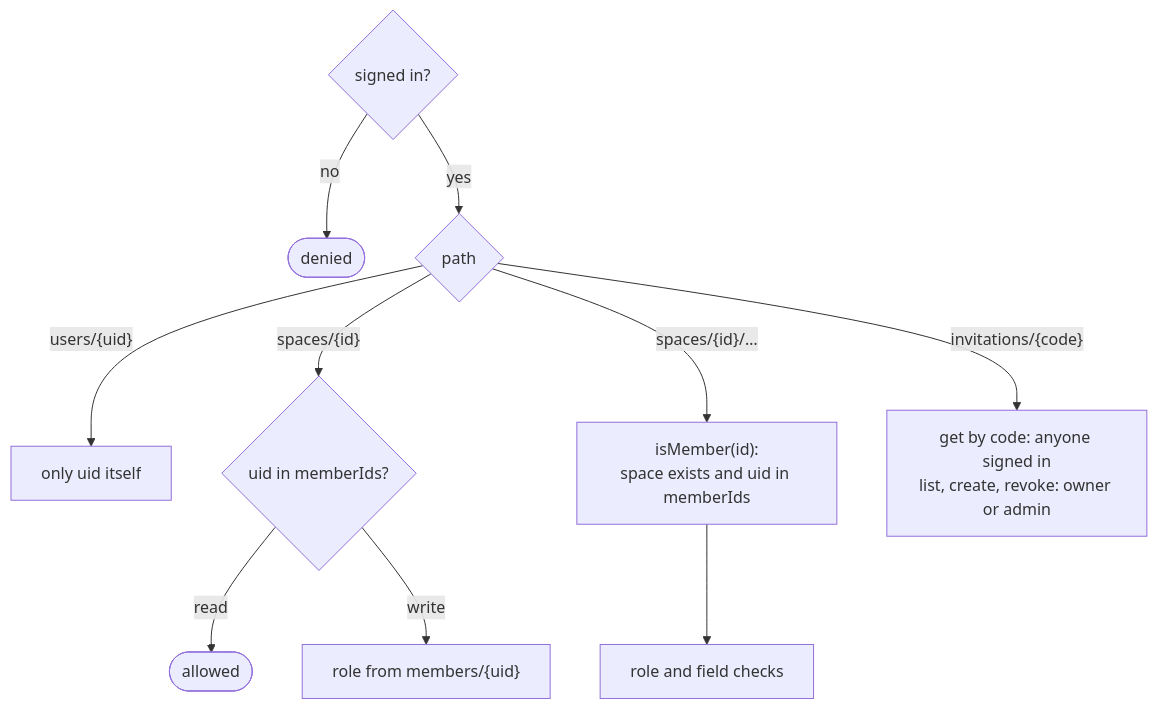
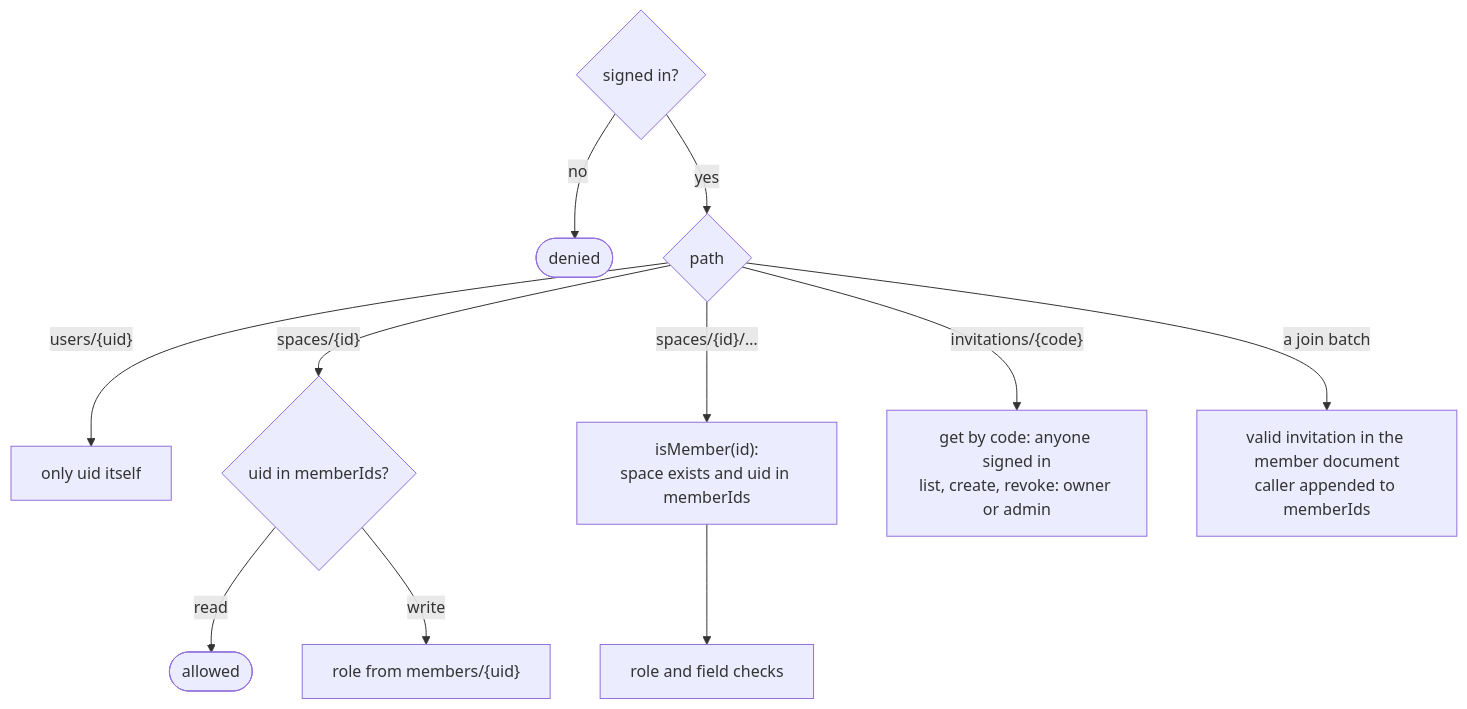
The diagram in docs/data/security-rules.md (Erkko68/orbit), drawn with Mermaid before and after one commit. The commit also changed other lines of this file and 36 other files, not shown here.

First line of the commit message:
feat(spaces): join a space from an invitation link or code (#231)

````diff
--- a/docs/data/security-rules.md
+++ b/docs/data/security-rules.md
@@ -26,12 +27,13 @@
 ```mermaid
 flowchart TB
     auth{"signed in?"} -- no --> deny([denied])
     auth -- yes --> path{"path"}
     path -- "users/{uid}" --> own["only uid itself"]
     path -- "spaces/{id}" --> member{"uid in memberIds?"}
     member -- "read" --> ok([allowed])
     member -- "write" --> role["role from members/{uid}"]
     path -- "spaces/{id}/…" --> isMember["isMember(id):<br/>space exists and uid in memberIds"]
     isMember --> checks["role and field checks"]
     path -- "invitations/{code}" --> inv["get by code: anyone signed in<br/>list, create, revoke: owner or admin"]
+    path -- "a join batch" --> join["valid invitation in the member document<br/>caller appended to memberIds"]
 ```
````
